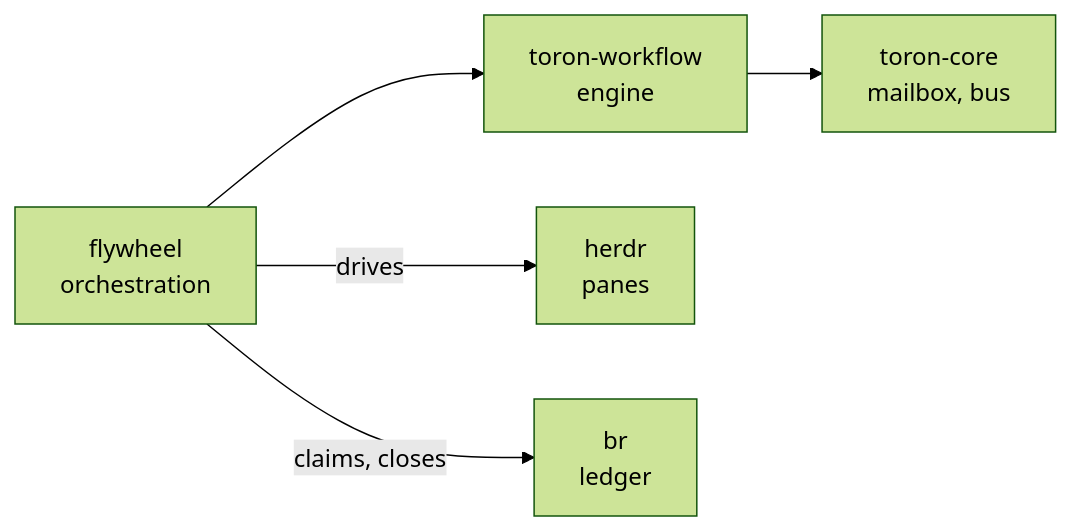
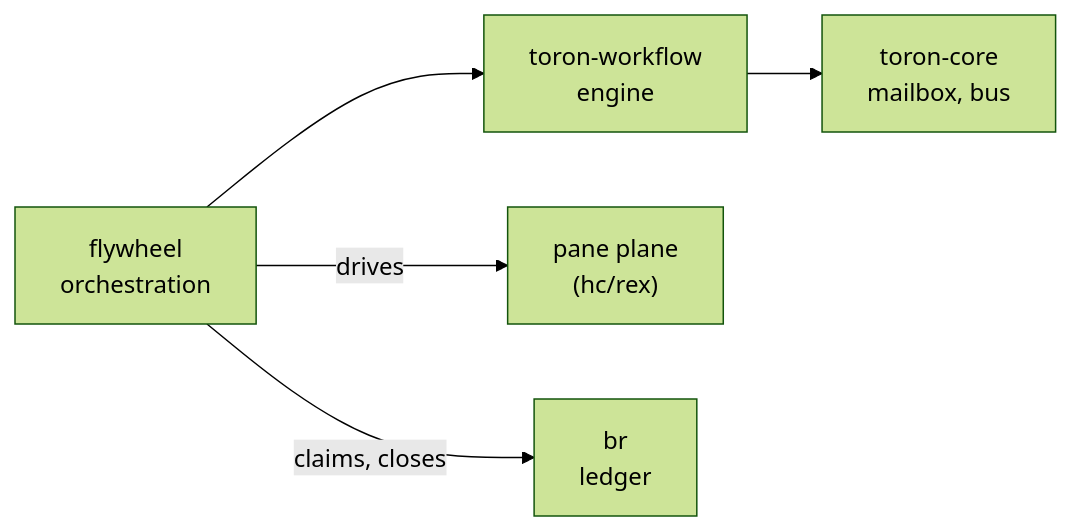
Before and after one commit to bangedorrunt/flywheel: the diagram in docs/guides/index.mdx, drawn with Mermaid (forest theme). The commit also changed other lines of this file and 17 other files, not shown here.

````diff
--- a/docs/guides/index.mdx
+++ b/docs/guides/index.mdx
@@ -10,7 +10,7 @@
 ```mermaid
 flowchart LR
     F["flywheel<br/>orchestration"] --> TW["toron-workflow<br/>engine"]
     TW --> TC["toron-core<br/>mailbox, bus"]
-    F -->|"drives"| H["herdr<br/>panes"]
+    F -->|"drives"| H["pane plane<br/>(hc/rex)"]
     F -->|"claims, closes"| B["br<br/>ledger"]
 ```
````
